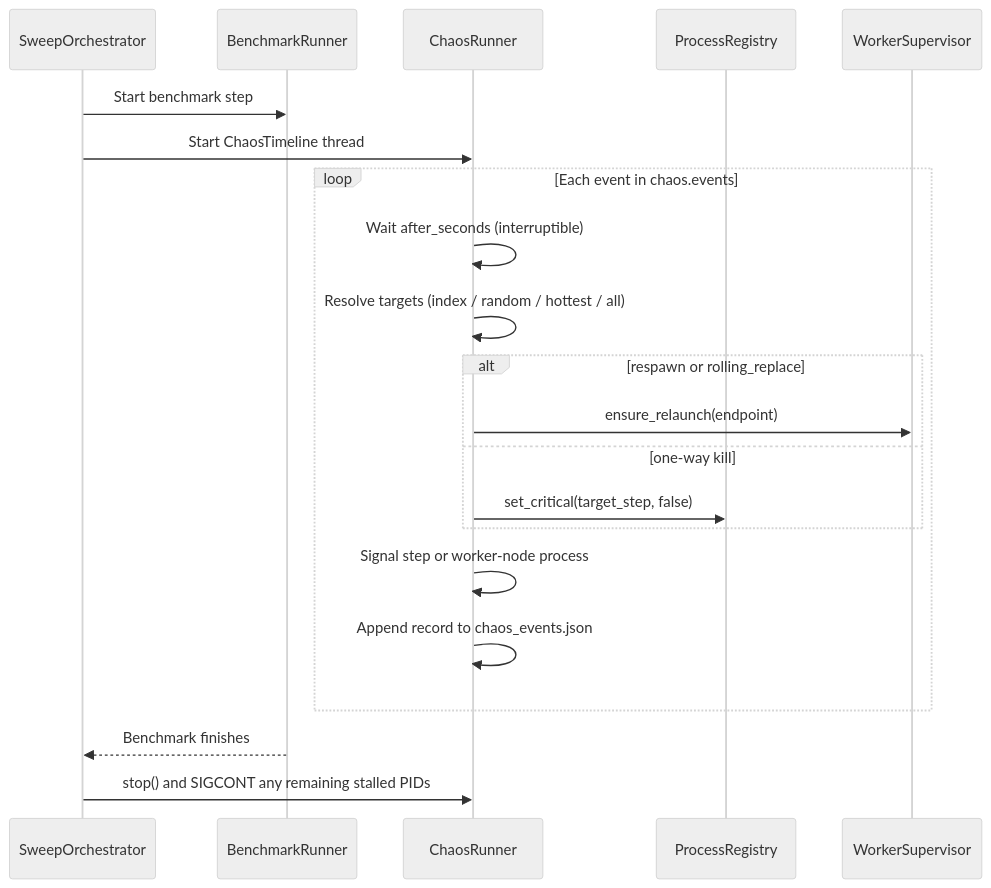
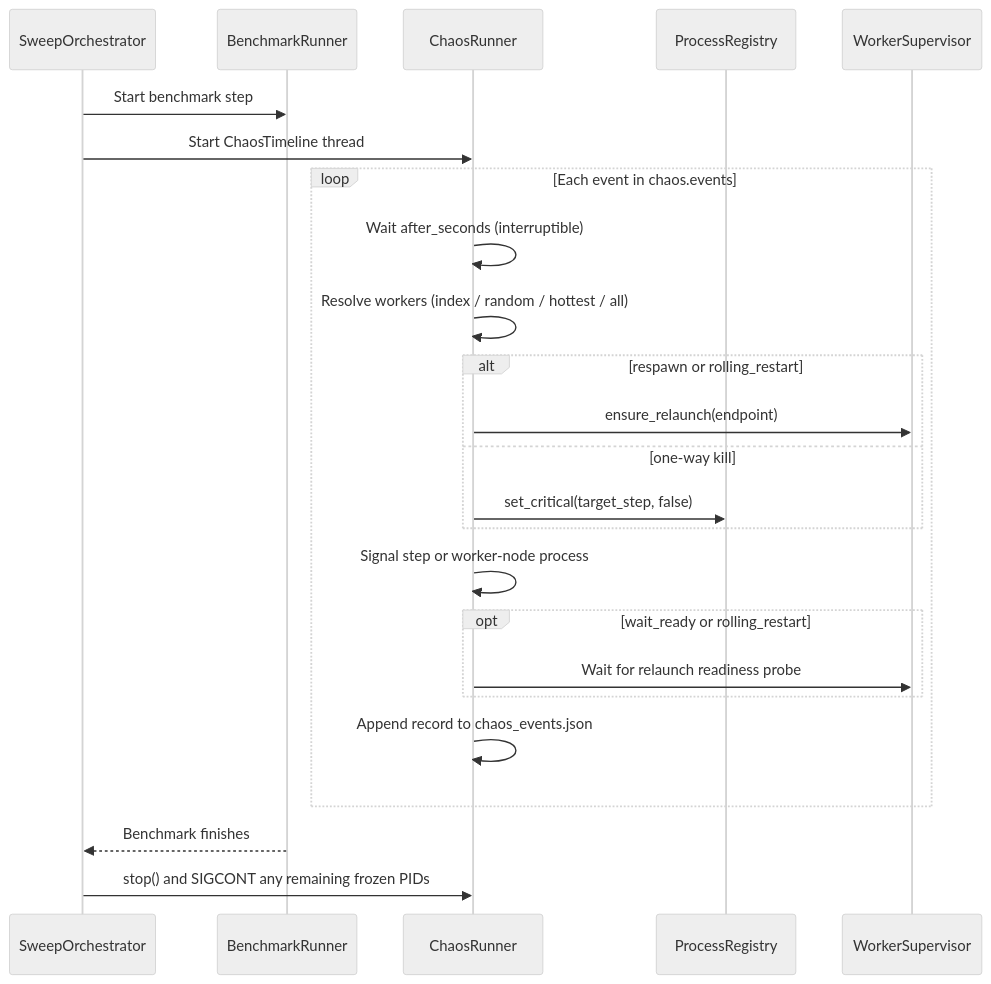
One commit to NVIDIA/srt-slurm changed the diagram in docs/chaos.md. Above: the diagram before and after it, drawn with Mermaid (neutral theme). The commit also changed other lines of this file and 17 other files, not shown here.

Commit message:
refactor(chaos): simplify event types to kill, freeze, and rolling_restart with unified workers/process selectors and wait_ready

````diff
--- a/docs/chaos.md
+++ b/docs/chaos.md
@@ -9,24 +9,27 @@
 ```mermaid
 sequenceDiagram
     participant O as SweepOrchestrator
     participant B as BenchmarkRunner
     participant C as ChaosRunner
     participant R as ProcessRegistry
     participant S as WorkerSupervisor
 
     O->>B: Start benchmark step
     O->>C: Start ChaosTimeline thread
     loop Each event in chaos.events
         C->>C: Wait after_seconds (interruptible)
-        C->>C: Resolve targets (index / random / hottest / all)
-        alt respawn or rolling_replace
+        C->>C: Resolve workers (index / random / hottest / all)
+        alt respawn or rolling_restart
             C->>S: ensure_relaunch(endpoint)
         else one-way kill
             C->>R: set_critical(target_step, false)
         end
         C->>C: Signal step or worker-node process
+        opt wait_ready or rolling_restart
+            C->>S: Wait for relaunch readiness probe
+        end
         C->>C: Append record to chaos_events.json
     end
     B-->>O: Benchmark finishes
-    O->>C: stop() and SIGCONT any remaining stalled PIDs
+    O->>C: stop() and SIGCONT any remaining frozen PIDs
 ```
````
